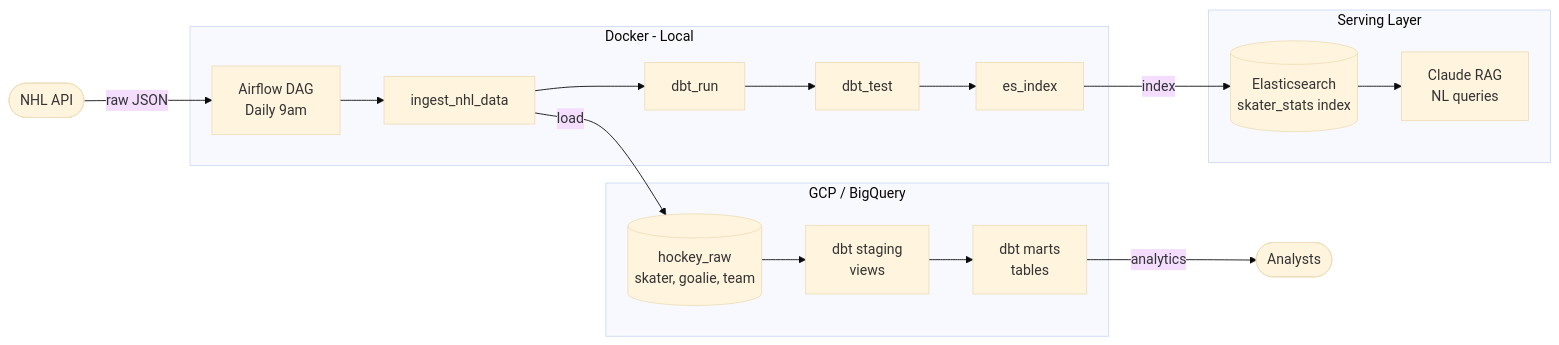
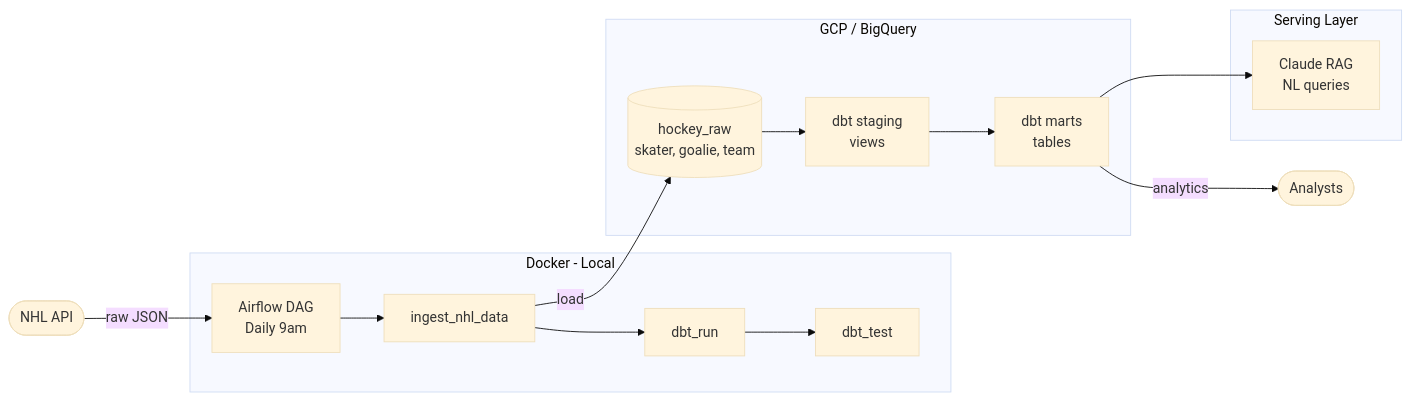
Before and after one commit to slansford/hockey-pipeline: the diagram in README.md, drawn with Mermaid (base theme). The commit also changed other lines of this file and 1 other file, not shown here.

````diff
--- a/README.md
+++ b/README.md
@@ -9,30 +9,27 @@
 ```mermaid
 flowchart LR
     A([NHL API]) -->|raw JSON| B
 
     subgraph Docker [Docker - Local]
         B[Airflow DAG\nDaily 9am]
         B --> T1[ingest_nhl_data]
         T1 --> T2[dbt_run]
         T2 --> T3[dbt_test]
-        T3 --> T4[es_index]
     end
 
     subgraph GCP [GCP / BigQuery]
         RAW[(hockey_raw\nskater, goalie, team)]
         STG[dbt staging\nviews]
         MART[dbt marts\ntables]
     end
 
     subgraph Serving [Serving Layer]
-        ES[(Elasticsearch\nskater_stats index)]
         RAG[Claude RAG\nNL queries]
     end
 
     T1 -->|load| RAW
     RAW --> STG
     STG --> MART
-    T4 -->|index| ES
-    ES --> RAG
+    MART --> RAG
     MART -->|analytics| ANA([Analysts])
 ```
````
